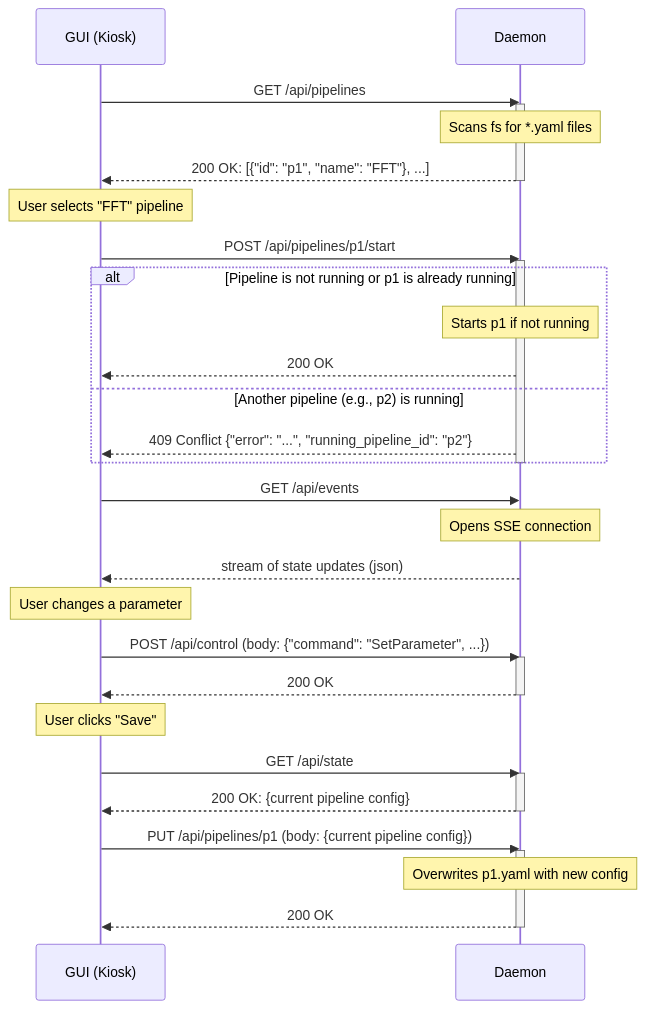
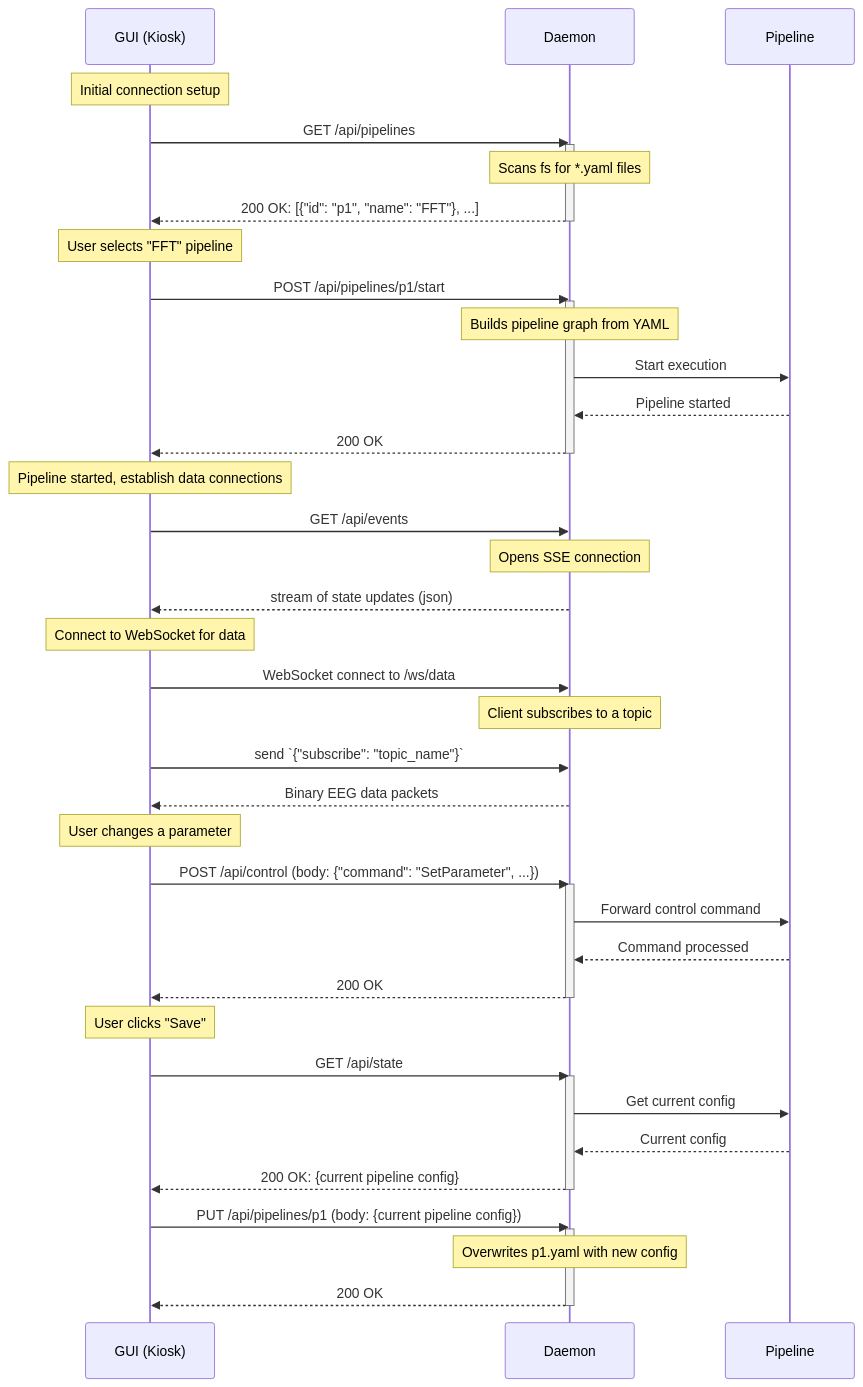
Before and after one commit to nickgeoca/elata-eeg: the diagram in crates/daemon/API.md, drawn with Mermaid. The commit also changed other lines of this file and 873 other files, not shown here.

````diff
--- a/crates/daemon/API.md
+++ b/crates/daemon/API.md
@@ -17,47 +22,59 @@
 ```mermaid
 sequenceDiagram
     participant UI as GUI (Kiosk)
     participant Daemon as Daemon
+    participant Pipeline as Pipeline
 
+    Note over UI: Initial connection setup
     UI->>Daemon: GET /api/pipelines
     activate Daemon
     Note over Daemon: Scans fs for *.yaml files
     Daemon-->>UI: 200 OK: [{"id": "p1", "name": "FFT"}, ...]
     deactivate Daemon
 
     Note over UI: User selects "FFT" pipeline
 
     UI->>Daemon: POST /api/pipelines/p1/start
     activate Daemon
-    alt Pipeline is not running or p1 is already running
-        Note over Daemon: Starts p1 if not running
-        Daemon-->>UI: 200 OK
-    else Another pipeline (e.g., p2) is running
-        Daemon-->>UI: 409 Conflict {"error": "...", "running_pipeline_id": "p2"}
-    end
+    Note over Daemon: Builds pipeline graph from YAML
+    Daemon->>Pipeline: Start execution
+    Pipeline-->>Daemon: Pipeline started
+    Daemon-->>UI: 200 OK
     deactivate Daemon
 
+    Note over UI: Pipeline started, establish data connections
+    
     UI->>Daemon: GET /api/events
     Note over Daemon: Opens SSE connection
     Daemon-->>UI: stream of state updates (json)
-
+    
+    Note over UI: Connect to WebSocket for data
+    UI->>Daemon: WebSocket connect to /ws/data
+    Note over Daemon: Client subscribes to a topic
+    UI->>Daemon: send `{"subscribe": "topic_name"}`
+    Daemon-->>UI: Binary EEG data packets
+    
     Note over UI: User changes a parameter
 
     UI->>Daemon: POST /api/control (body: {"command": "SetParameter", ...})
     activate Daemon
+    Daemon->>Pipeline: Forward control command
+    Pipeline-->>Daemon: Command processed
     Daemon-->>UI: 200 OK
     deactivate Daemon
 
     Note over UI: User clicks "Save"
 
     UI->>Daemon: GET /api/state
     activate Daemon
+    Daemon->>Pipeline: Get current config
+    Pipeline-->>Daemon: Current config
     Daemon-->>UI: 200 OK: {current pipeline config}
     deactivate Daemon
 
     UI->>Daemon: PUT /api/pipelines/p1 (body: {current pipeline config})
     activate Daemon
     Note over Daemon: Overwrites p1.yaml with new config
     Daemon-->>UI: 200 OK
     deactivate Daemon
 ```
````
